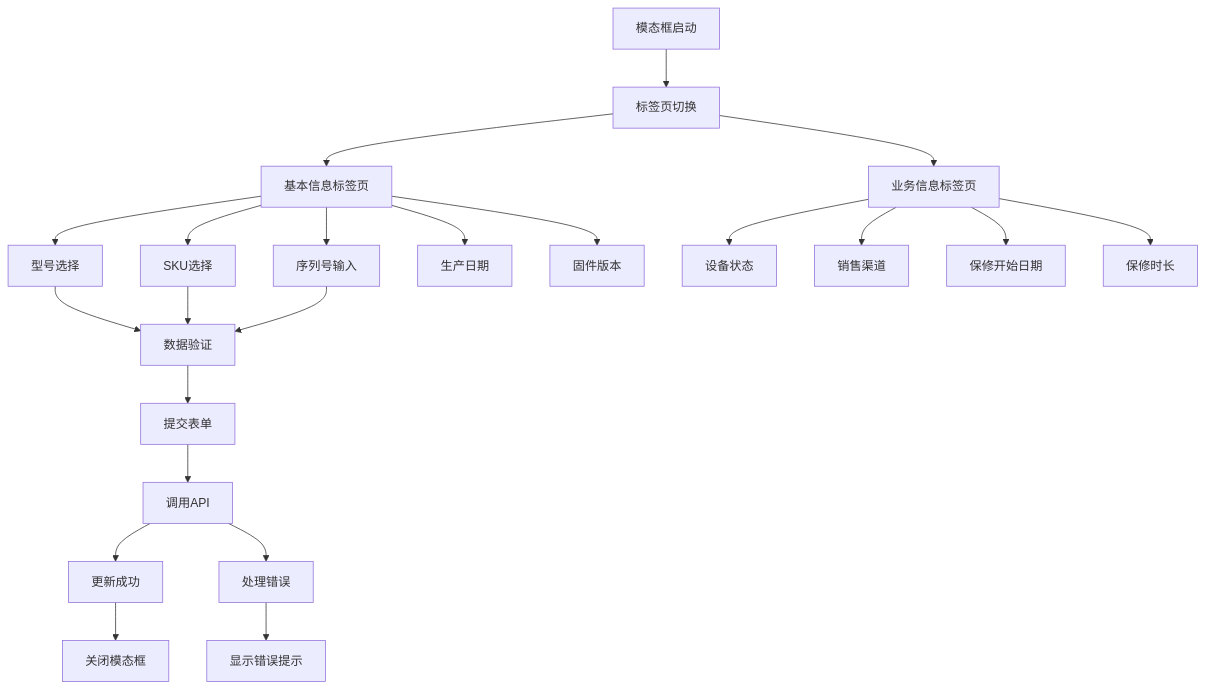
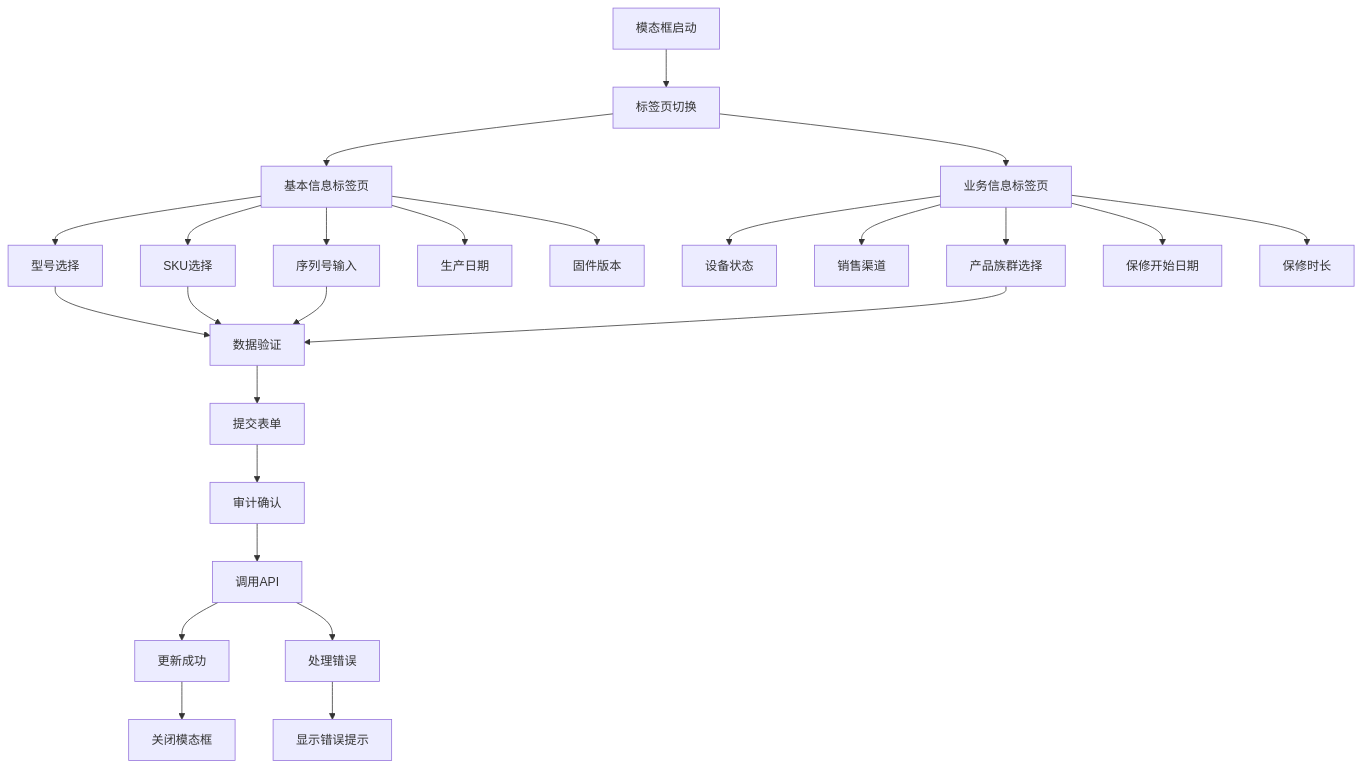
Before and after one commit to CubeEdge/Longhorn: the fifth of 19 diagrams in .qoder/repowiki/zh/content/前端组件架构/产品详情页面组件/产品编辑模态框.md, drawn with Mermaid. The commit also changed other lines of this file and 118 other files, not shown here.

````diff
--- a/.qoder/repowiki/zh/content/前端组件架构/产品详情页面组件/产品编辑模态框.md
+++ b/.qoder/repowiki/zh/content/前端组件架构/产品详情页面组件/产品编辑模态框.md
@@ -265,24 +289,27 @@
 ```mermaid
 flowchart TD
 START[模态框启动] --> TABS[标签页切换]
 TABS --> BASIC[基本信息标签页]
 TABS --> BUSINESS[业务信息标签页]
 BASIC --> MODEL[型号选择]
 BASIC --> SKU[SKU选择]
 BASIC --> SERIAL[序列号输入]
 BASIC --> PRODUCTION[生产日期]
 BASIC --> FIRMWARE[固件版本]
 BUSINESS --> STATUS[设备状态]
 BUSINESS --> CHANNEL[销售渠道]
+BUSINESS --> FAMILY[产品族群选择]
 BUSINESS --> WARRANTY_START[保修开始日期]
 BUSINESS --> WARRANTY_MONTHS[保修时长]
 MODEL --> VALIDATION[数据验证]
 SKU --> VALIDATION
 SERIAL --> VALIDATION
+FAMILY --> VALIDATION
 VALIDATION --> SUBMIT[提交表单]
-SUBMIT --> API_CALL[调用API]
+SUBMIT --> AUDIT[审计确认]
+AUDIT --> API_CALL[调用API]
 API_CALL --> SUCCESS[更新成功]
 API_CALL --> ERROR[处理错误]
 SUCCESS --> CLOSE[关闭模态框]
 ERROR --> ALERT[显示错误提示]
 ```
````
